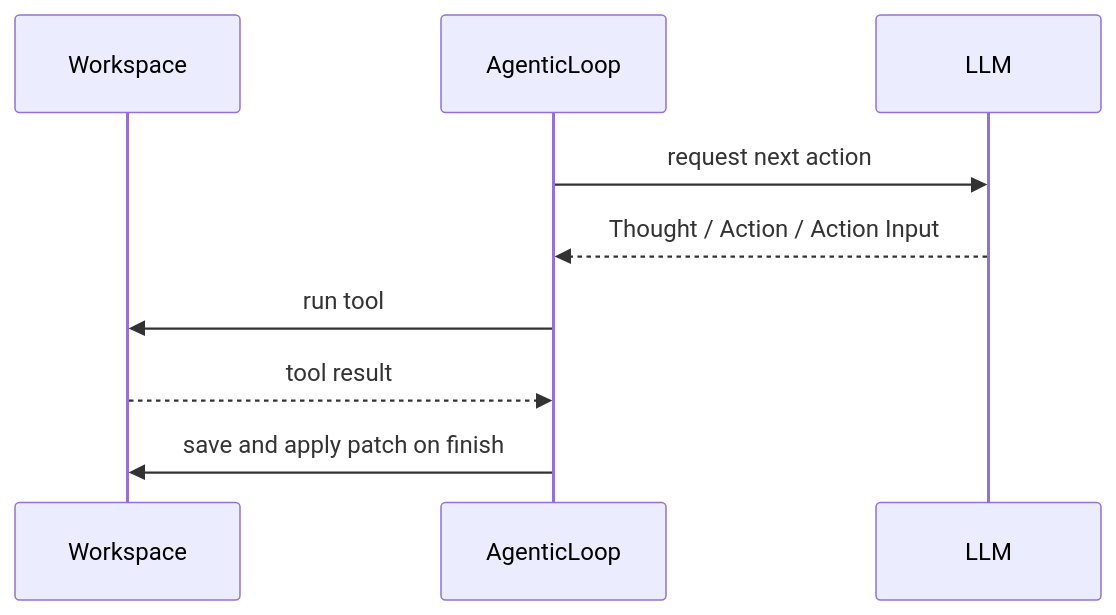
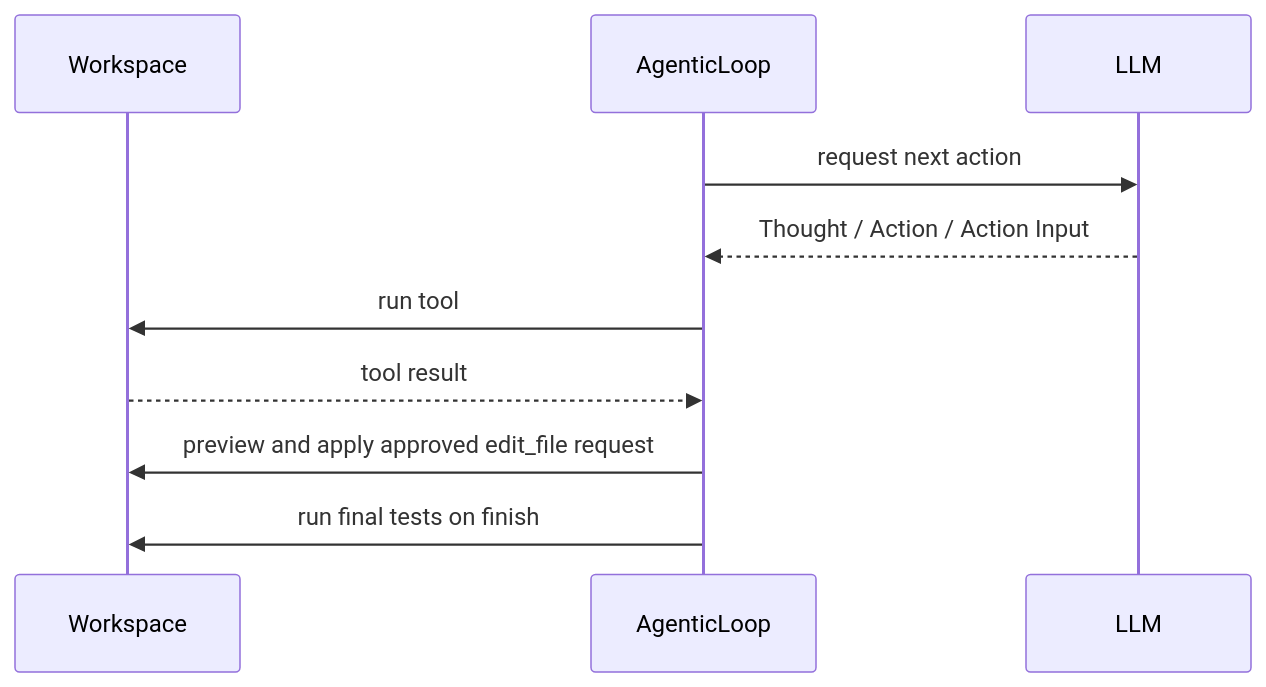
The first of 2 diagrams in README.md (mtov/ark), drawn with Mermaid before and after one commit. The commit also changed other lines of this file and 15 other files, not shown here.

Commit message:
feat: replace patch workflow with approved file edits

````diff
--- a/README.md
+++ b/README.md
@@ -224,12 +196,13 @@
 ```mermaid
 sequenceDiagram
     participant Workspace as Workspace
     participant AgentLoop as AgenticLoop
     participant Model as LLM
 
     AgentLoop->>Model: request next action
     Model-->>AgentLoop: Thought / Action / Action Input
     AgentLoop->>Workspace: run tool
     Workspace-->>AgentLoop: tool result
-    AgentLoop->>Workspace: save and apply patch on finish
+    AgentLoop->>Workspace: preview and apply approved edit_file request
+    AgentLoop->>Workspace: run final tests on finish
 ```
````
